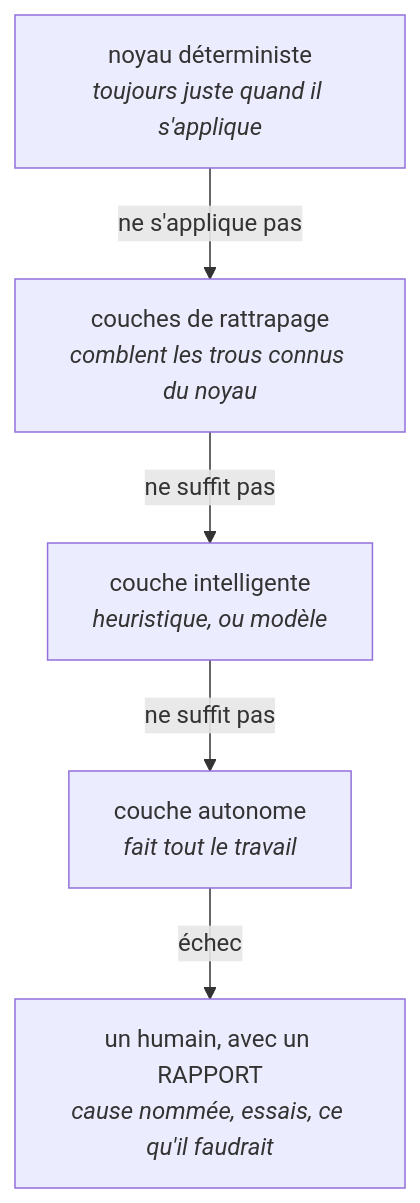
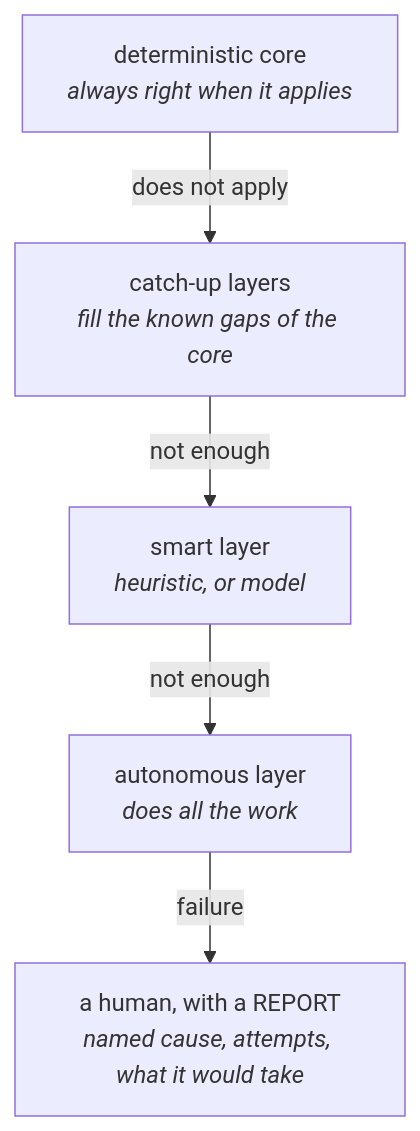
Before and after one commit to MasterLaplace/LplCraftSkills: the third of 3 diagrams in skills/concevoir-avant-coder/SKILL.md, drawn with Mermaid. The commit also changed other lines of this file and 16 other files, not shown here.

First line of the commit message:
docs: Mermaid diagram text moves to English, the prose stays French

````diff
--- a/skills/concevoir-avant-coder/SKILL.md
+++ b/skills/concevoir-avant-coder/SKILL.md
@@ -433,12 +433,12 @@
 ```mermaid
 flowchart TD
-  N["noyau déterministe<br/><i>toujours juste quand il s'applique</i>"]
-  R["couches de rattrapage<br/><i>comblent les trous connus du noyau</i>"]
-  I["couche intelligente<br/><i>heuristique, ou modèle</i>"]
-  A["couche autonome<br/><i>fait tout le travail</i>"]
-  H["un humain, avec un RAPPORT<br/><i>cause nommée, essais, ce qu'il faudrait</i>"]
-  N -->|"ne s'applique pas"| R
-  R -->|"ne suffit pas"| I
-  I -->|"ne suffit pas"| A
-  A -->|"échec"| H
+  N["deterministic core<br/><i>always right when it applies</i>"]
+  R["catch-up layers<br/><i>fill the known gaps of the core</i>"]
+  I["smart layer<br/><i>heuristic, or model</i>"]
+  A["autonomous layer<br/><i>does all the work</i>"]
+  H["a human, with a REPORT<br/><i>named cause, attempts, what it would take</i>"]
+  N -->|"does not apply"| R
+  R -->|"not enough"| I
+  I -->|"not enough"| A
+  A -->|"failure"| H
 ```
````
